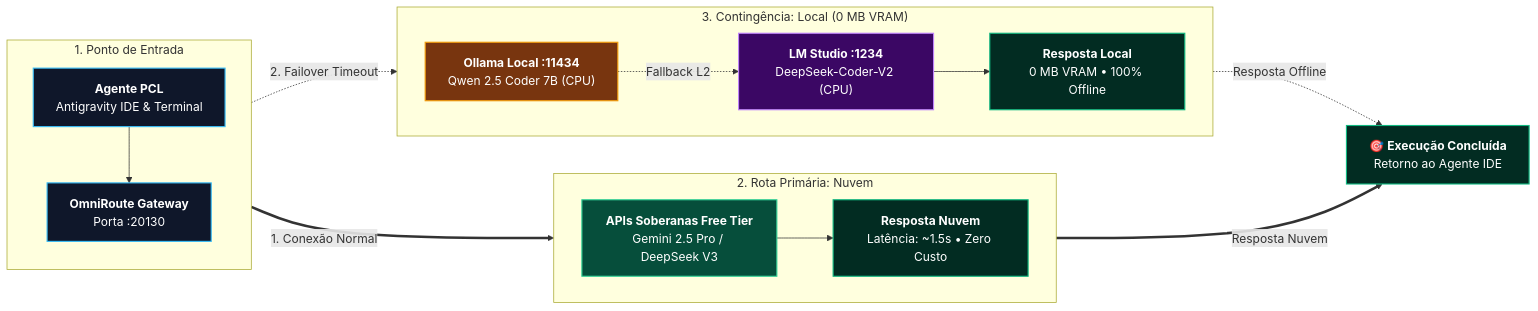
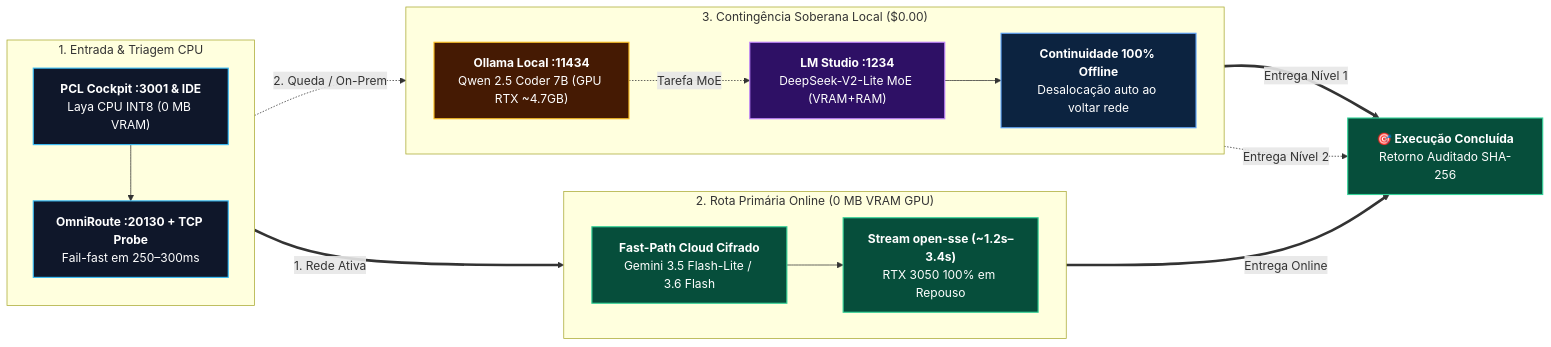
The sixth of 6 diagrams in README.md (EnterDufter/PromptCoreLabs_AEOS), drawn with Mermaid before and after one commit. The commit also changed other lines of this file and 34 other files, not shown here.

First line of the commit message:
docs(aeos-v3.6): upgrade complete repository & Living Architecture portal with pure UTF-8, Dual-Track narrative & Cortex v7 diagrams

````diff
--- a/README.md
+++ b/README.md
@@ -277,39 +335,40 @@
 ```mermaid
 flowchart LR
     classDef req fill:#0f172a,stroke:#38bdf8,stroke-width:1.5px,color:#ffffff;
     classDef c0 fill:#064e3b,stroke:#34d399,stroke-width:1.5px,color:#ffffff;
-    classDef c1 fill:#78350f,stroke:#f59e0b,stroke-width:1.5px,color:#ffffff;
-    classDef c2 fill:#3b0764,stroke:#c084fc,stroke-width:1.5px,color:#ffffff;
-    classDef out fill:#022c22,stroke:#10b981,stroke-width:1.5px,color:#ffffff;
+    classDef c1 fill:#451a03,stroke:#fbbf24,stroke-width:1.5px,color:#ffffff;
+    classDef c2 fill:#2e1065,stroke:#c084fc,stroke-width:1.5px,color:#ffffff;
+    classDef out fill:#0c2340,stroke:#60a5fa,stroke-width:1.5px,color:#ffffff;
 
-    subgraph Entrada ["1. Ponto de Entrada"]
+    subgraph Entrada ["1. Entrada & Triagem CPU"]
         direction TB
-        Harness["<b>Agente PCL</b><br/>Antigravity IDE & Terminal"]:::req
-        Gateway["<b>OmniRoute Gateway</b><br/>Porta :20130"]:::req
+        Harness["<b>PCL Cockpit :3001 & IDE</b><br/>Laya CPU INT8 (0 MB VRAM)"]:::req
+        Gateway["<b>OmniRoute :20130 + TCP Probe</b><br/>Fail-fast em 250–300ms"]:::req
         Harness --> Gateway
     end
 
-    subgraph Tier0 ["2. Rota Primária: Nuvem"]
+    subgraph Tier0 ["2. Rota Primária Online (0 MB VRAM GPU)"]
         direction LR
-        APIs["<b>APIs Soberanas Free Tier</b><br/>Gemini 2.5 Pro / DeepSeek V3"]:::c0
-        RespCloud["<b>Resposta Nuvem</b><br/>Latência: ~1.5s • Zero Custo"]:::out
+        APIs["<b>Fast-Path Cloud Cifrado</b><br/>Gemini 3.5 Flash-Lite / 3.6 Flash"]:::c0
+        RespCloud["<b>Stream open-sse (~1.2s–3.4s)</b><br/>RTX 3050 100% em Repouso"]:::c0
         APIs --> RespCloud
     end
 
-    subgraph TierLocal ["3. Contingência: Local (0 MB VRAM)"]
+    subgraph TierLocal ["3. Contingência Soberana Local ($0.00)"]
         direction LR
-        L1["<b>Ollama Local :11434</b><br/>Qwen 2.5 Coder 7B (CPU)"]:::c1
-        L2["<b>LM Studio :1234</b><br/>DeepSeek-Coder-V2 (CPU)"]:::c2
-        RespLocal["<b>Resposta Local</b><br/>0 MB VRAM • 100% Offline"]:::out
-        L1 -.->|"Fallback L2"| L2
+        L1["<b>Ollama Local :11434</b><br/>Qwen 2.5 Coder 7B (GPU RTX ~4.7GB)"]:::c1
+        L2["<b>LM Studio :1234</b><br/>DeepSeek-V2-Lite MoE (VRAM+RAM)"]:::c2
+        RespLocal["<b>Continuidade 100% Offline</b><br/>Desalocação auto ao voltar rede"]:::out
+        L1 -.->|"Tarefa MoE"| L2
         L2 --> RespLocal
     end
 
-    Saida["🎯 <b>Execução Concluída</b><br/>Retorno ao Agente IDE"]:::out
+    Saida["<b>🎯 Execução Concluída</b><br/>Retorno Auditado SHA-256"]:::c0
 
-    Gateway ==>|"1. Conexão Normal"| APIs
-    Gateway -.->|"2. Failover Timeout"| L1
+    Gateway ==>|"1. Rede Ativa"| APIs
+    Gateway -.->|"2. Queda / On-Prem"| L1
 
-    RespCloud ==>|"Resposta Nuvem"| Saida
-    RespLocal -.->|"Resposta Offline"| Saida
+    RespCloud ==>|"Entrega Online"| Saida
+    L1 ==>|"Entrega Nível 1"| Saida
+    RespLocal -.->|"Entrega Nível 2"| Saida
 ```
````
